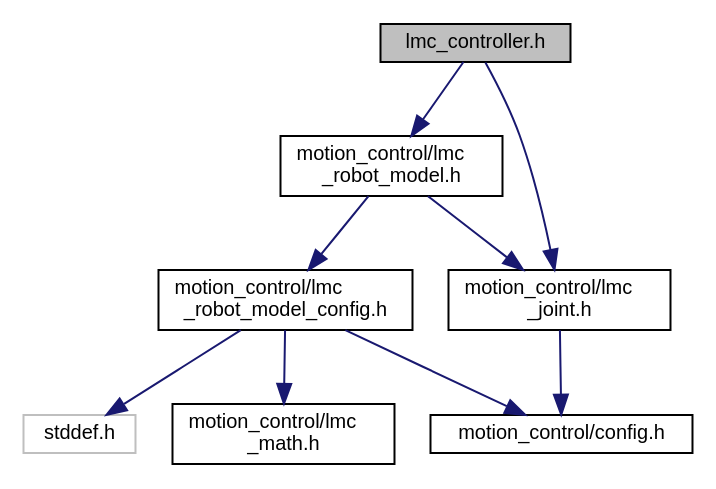
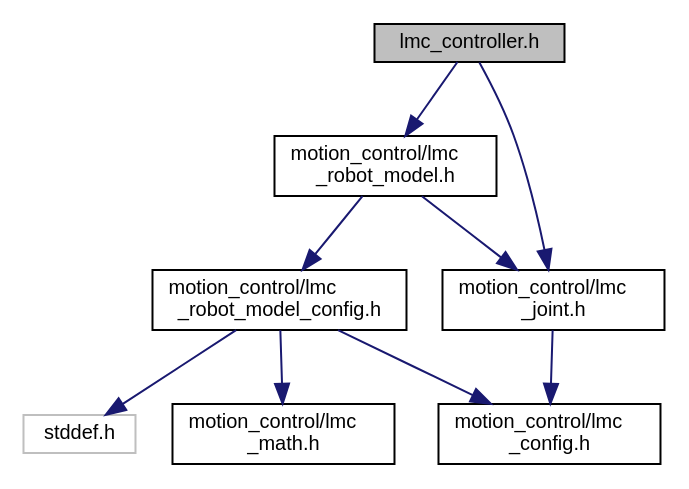
One commit to lebai-robotics/lmc_output changed the diagram in lmc__controller_8h__incl.dot. Above: the diagram before and after it, drawn with Graphviz. The commit also changed 165 other files, not shown here.

```diff
--- a/lmc__controller_8h__incl.dot
+++ b/lmc__controller_8h__incl.dot
@@ -1,20 +1,20 @@
 digraph "lmc_controller.h"
 {
   edge [fontname="Helvetica",fontsize="10",labelfontname="Helvetica",labelfontsize="10"];
   node [fontname="Helvetica",fontsize="10",shape=record];
   Node1 [label="lmc_controller.h",height=0.2,width=0.4,color="black", fillcolor="grey75", style="filled", fontcolor="black"];
   Node1 -> Node2 [color="midnightblue",fontsize="10",style="solid",fontname="Helvetica"];
   Node2 [label="motion_control/lmc\l_robot_model.h",height=0.2,width=0.4,color="black", fillcolor="white", style="filled",URL="$lmc__robot__model_8h.html",tooltip="Robot model related data structures and functions. "];
   Node2 -> Node3 [color="midnightblue",fontsize="10",style="solid",fontname="Helvetica"];
   Node3 [label="motion_control/lmc\l_robot_model_config.h",height=0.2,width=0.4,color="black", fillcolor="white", style="filled",URL="$lmc__robot__model__config_8h.html",tooltip="Robot model config related data structures. "];
   Node3 -> Node4 [color="midnightblue",fontsize="10",style="solid",fontname="Helvetica"];
   Node4 [label="stddef.h",height=0.2,width=0.4,color="grey75", fillcolor="white", style="filled"];
   Node3 -> Node5 [color="midnightblue",fontsize="10",style="solid",fontname="Helvetica"];
-  Node5 [label="motion_control/config.h",height=0.2,width=0.4,color="black", fillcolor="white", style="filled",URL="$config_8h.html",tooltip="Global configuration macro. "];
+  Node5 [label="motion_control/lmc\l_config.h",height=0.2,width=0.4,color="black", fillcolor="white", style="filled",URL="$lmc__config_8h.html",tooltip="Global configuration macro. "];
   Node3 -> Node6 [color="midnightblue",fontsize="10",style="solid",fontname="Helvetica"];
   Node6 [label="motion_control/lmc\l_math.h",height=0.2,width=0.4,color="black", fillcolor="white", style="filled",URL="$lmc__math_8h.html",tooltip="Basic math data structure definitions and functions. "];
   Node2 -> Node7 [color="midnightblue",fontsize="10",style="solid",fontname="Helvetica"];
   Node7 [label="motion_control/lmc\l_joint.h",height=0.2,width=0.4,color="black", fillcolor="white", style="filled",URL="$lmc__joint_8h.html",tooltip="Joint related data structure. "];
   Node7 -> Node5 [color="midnightblue",fontsize="10",style="solid",fontname="Helvetica"];
   Node1 -> Node7 [color="midnightblue",fontsize="10",style="solid",fontname="Helvetica"];
 }
```
